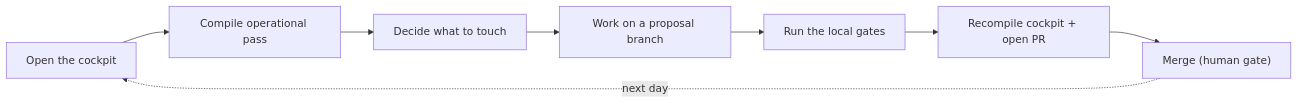
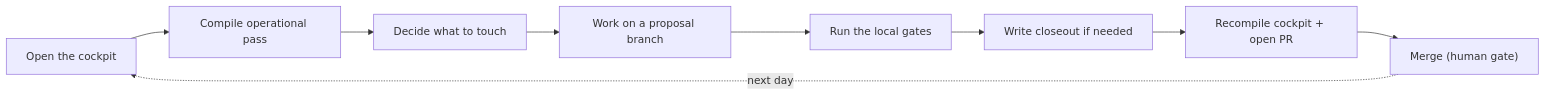
One commit to kimlage/wiki-viva-kit changed the diagram in memories/system/wiki/daily-operation.md. Above: the diagram before and after it, drawn with Mermaid. The commit also changed other lines of this file and 5 other files, not shown here.

````diff
--- a/memories/system/wiki/daily-operation.md
+++ b/memories/system/wiki/daily-operation.md
@@ -57,10 +63,11 @@
 ```mermaid
 flowchart LR
     cockpit["Open the cockpit"] --> pass["Compile operational pass"]
     pass --> decide["Decide what to touch"]
     decide --> branch["Work on a proposal branch"]
     branch --> gates["Run the local gates"]
-    gates --> ship["Recompile cockpit + open PR"]
+    gates --> closeout["Write closeout if needed"]
+    closeout --> ship["Recompile cockpit + open PR"]
     ship --> merge["Merge (human gate)"]
     merge -. next day .-> cockpit
 ```
````
